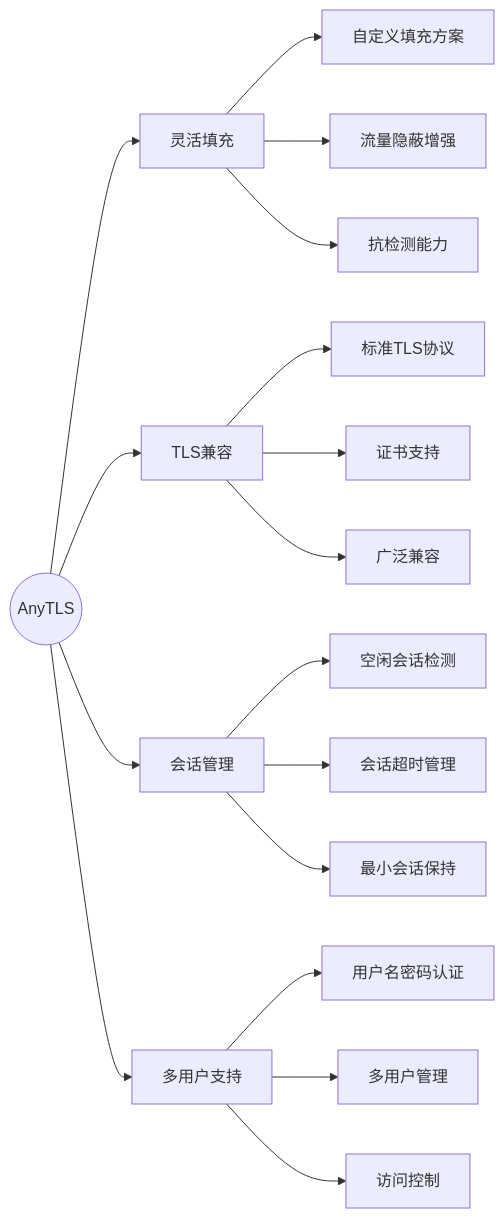
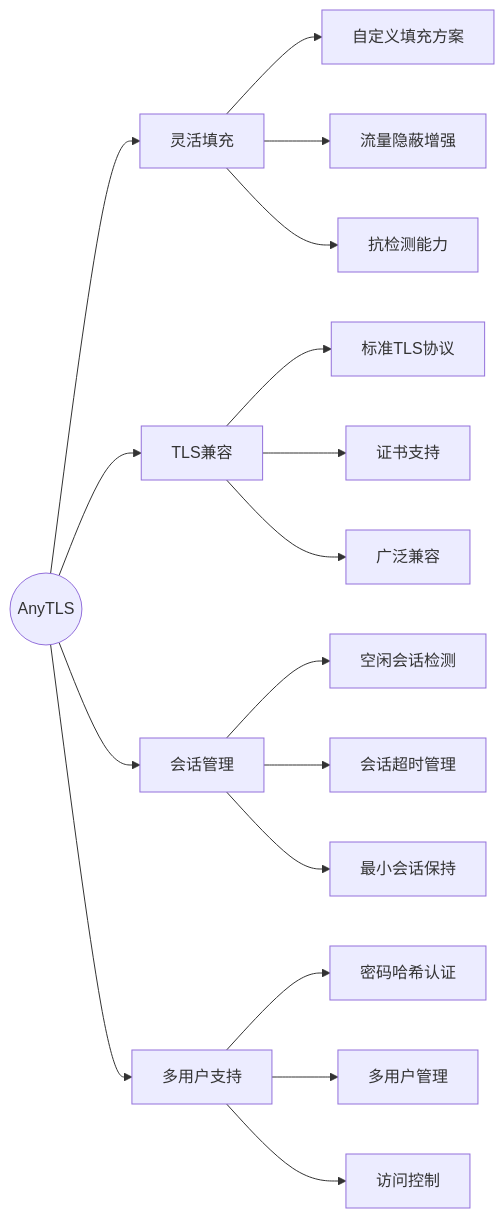
The second of 4 diagrams in docs/blog/文档/anytls协议完全指南.md (ermaozi/ermao.net), drawn with Mermaid before and after one commit. The commit also changed other lines of this file and 3 other files, not shown here.

````diff
--- a/docs/blog/文档/anytls协议完全指南.md
+++ b/docs/blog/文档/anytls协议完全指南.md
@@ -59,30 +55,30 @@
 ```mermaid
 graph LR
     AnyTLS((AnyTLS))
 
     %% 第一层级
     AnyTLS --> Padding["灵活填充"]
     AnyTLS --> Compatibility["TLS兼容"]
     AnyTLS --> Session["会话管理"]
     AnyTLS --> MultiUser["多用户支持"]
 
     %% 灵活填充子项
     Padding --> CustomPadding["自定义填充方案"]
     Padding --> Stealth["流量隐蔽增强"]
     Padding --> AntiDetection["抗检测能力"]
 
     %% TLS兼容子项
     Compatibility --> StandardTLS["标准TLS协议"]
     Compatibility --> CertSupport["证书支持"]
     Compatibility --> BroadCompat["广泛兼容"]
 
     %% 会话管理子项
     Session --> IdleDetect["空闲会话检测"]
     Session --> Timeout["会话超时管理"]
     Session --> KeepAlive["最小会话保持"]
 
     %% 多用户支持子项
-    MultiUser --> Auth["用户名密码认证"]
+    MultiUser --> Auth["密码哈希认证"]
     MultiUser --> UserMgmt["多用户管理"]
     MultiUser --> AccessControl["访问控制"]
 ```
````
